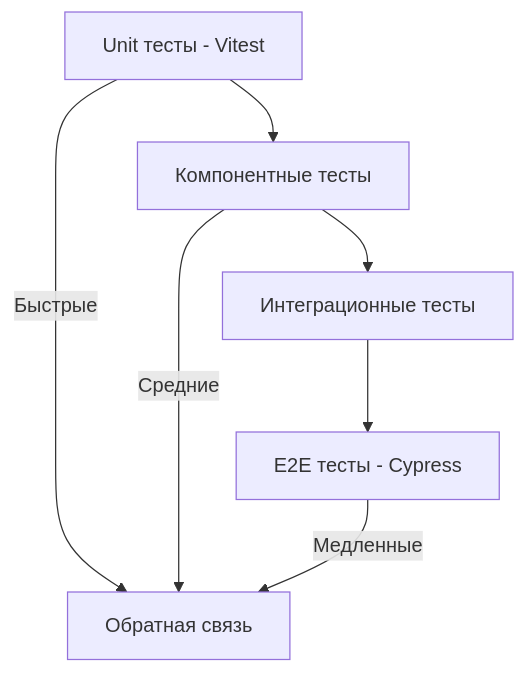
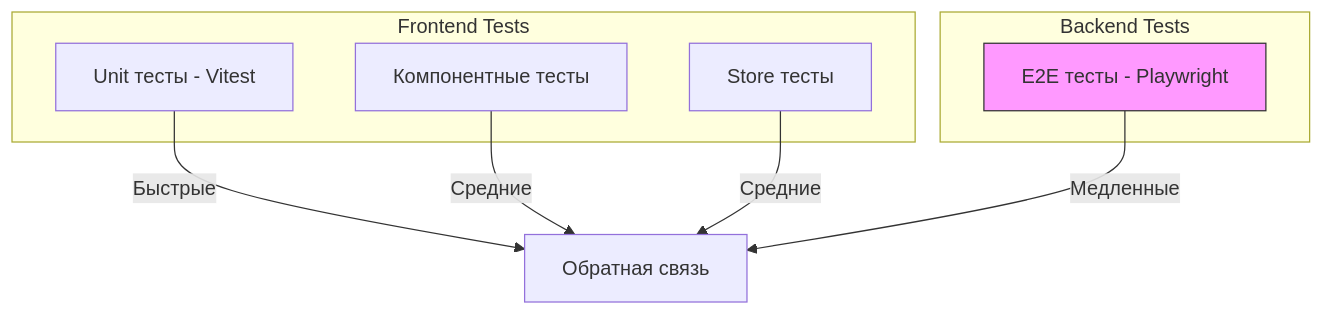
The diagram in src/test/vue/AGENTS.md (Lezhik/SpringTwin), drawn with Mermaid before and after one commit. The commit also changed other lines of this file and 73 other files, not shown here.

Commit message:
Sprint 1: Project Setup: Test architecture

````diff
--- a/src/test/vue/AGENTS.md
+++ b/src/test/vue/AGENTS.md
@@ -26,10 +27,19 @@
 ```mermaid
 graph TD
-    Unit[Unit тесты - Vitest] --> Component[Компонентные тесты]
-    Component --> Integration[Интеграционные тесты]
-    Integration --> E2E[E2E тесты - Cypress]
+    subgraph Frontend Tests
+        Unit[Unit тесты - Vitest]
+        Component[Компонентные тесты]
+        Store[Store тесты]
+    end
+    
+    subgraph Backend Tests
+        E2E[E2E тесты - Playwright]
+    end
     
     Unit -->|Быстрые| Feedback[Обратная связь]
     Component -->|Средние| Feedback
+    Store -->|Средние| Feedback
     E2E -->|Медленные| Feedback
+    
+    style E2E fill:#f9f,stroke:#333
 ```
````
